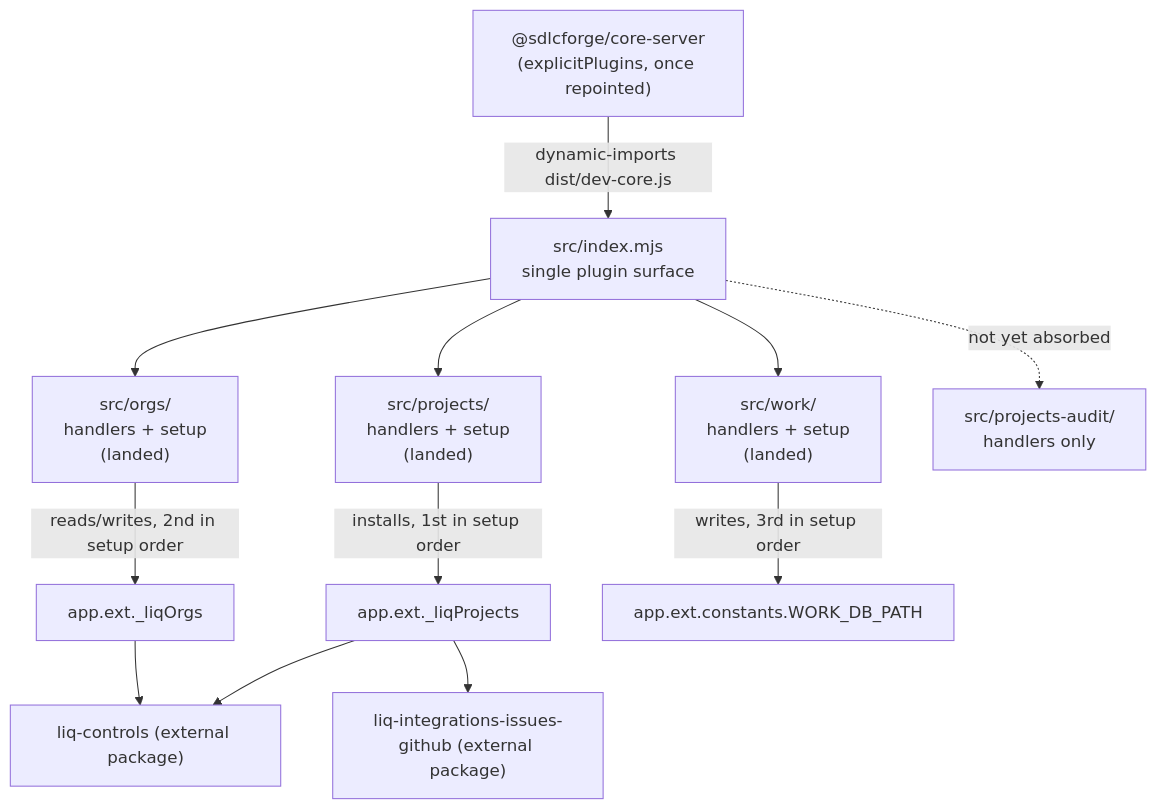
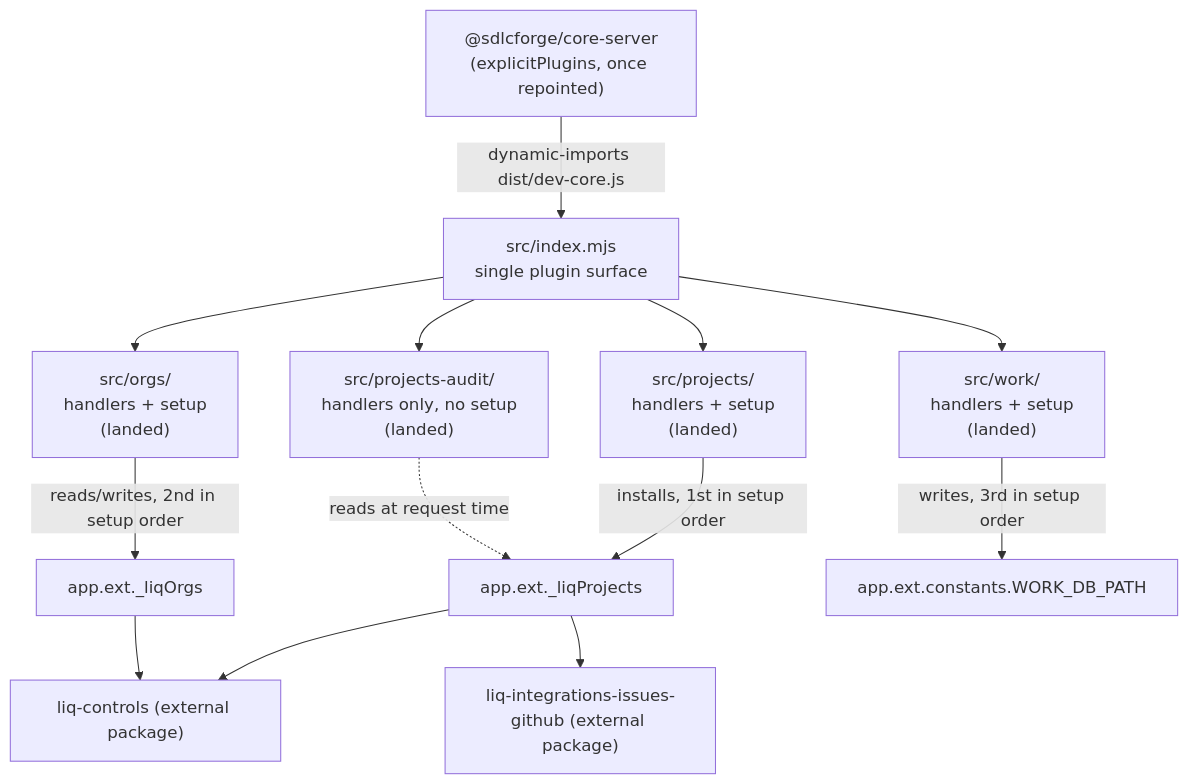
Before and after one commit to sdlcforge/core-server: the first of 2 diagrams in docs/architecture.md, drawn with Mermaid. The commit also changed other lines of this file and 2 other files, not shown here.

Commit message:
wip(absorb-projects-audit-into-dev-core): document the projects-audit subsystem: 4 routes, what audit means, X-CWD/400, the projects dependency (C14), and the 4 inherited defects; correct the contract's src/index.mjs and file:-spec rules

````diff
--- a/docs/architecture.md
+++ b/docs/architecture.md
@@ -15,17 +15,18 @@
 ```mermaid
 graph TD
     CoreServer["@sdlcforge/core-server<br/>(explicitPlugins, once repointed)"] -->|dynamic-imports dist/dev-core.js| Aggregator["src/index.mjs<br/>single plugin surface"]
 
     Aggregator --> Projects["src/projects/<br/>handlers + setup<br/>(landed)"]
     Aggregator --> Orgs["src/orgs/<br/>handlers + setup<br/>(landed)"]
     Aggregator --> Work["src/work/<br/>handlers + setup<br/>(landed)"]
-    Aggregator -.->|not yet absorbed| ProjectsAudit["src/projects-audit/<br/>handlers only"]
+    Aggregator --> ProjectsAudit["src/projects-audit/<br/>handlers only, no setup<br/>(landed)"]
 
     Projects -->|installs, 1st in setup order| LiqProjects["app.ext._liqProjects"]
     Orgs -->|reads/writes, 2nd in setup order| LiqOrgs["app.ext._liqOrgs"]
     Work -->|writes, 3rd in setup order| WorkDbPath["app.ext.constants.WORK_DB_PATH"]
+    ProjectsAudit -.->|reads at request time| LiqProjects
 
     LiqProjects --> LiqControlsExt["liq-controls (external package)"]
     LiqOrgs --> LiqControlsExt
     LiqProjects --> LiqIntegrationsExt["liq-integrations-issues-github (external package)"]
 ```
````
